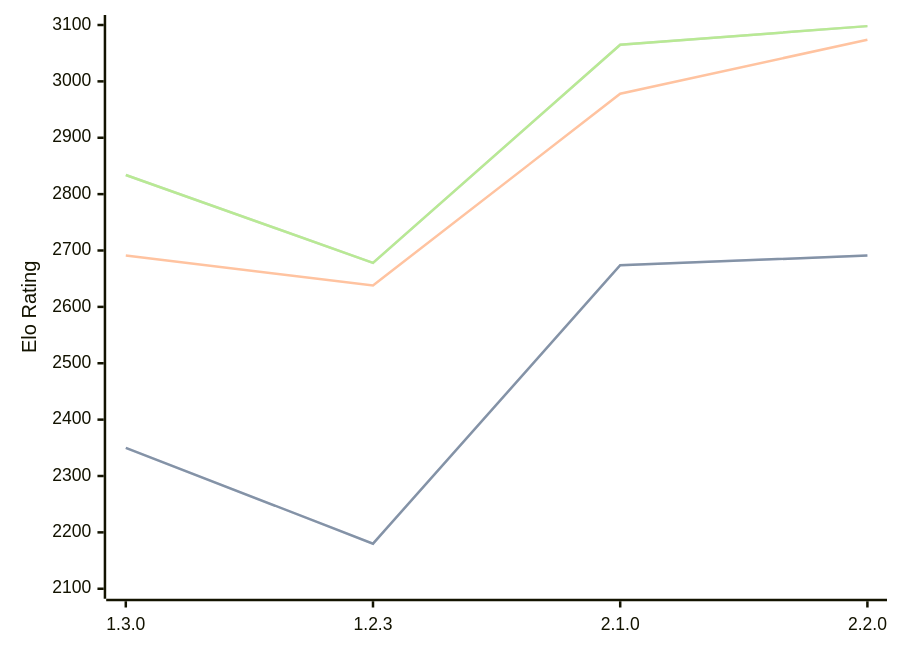
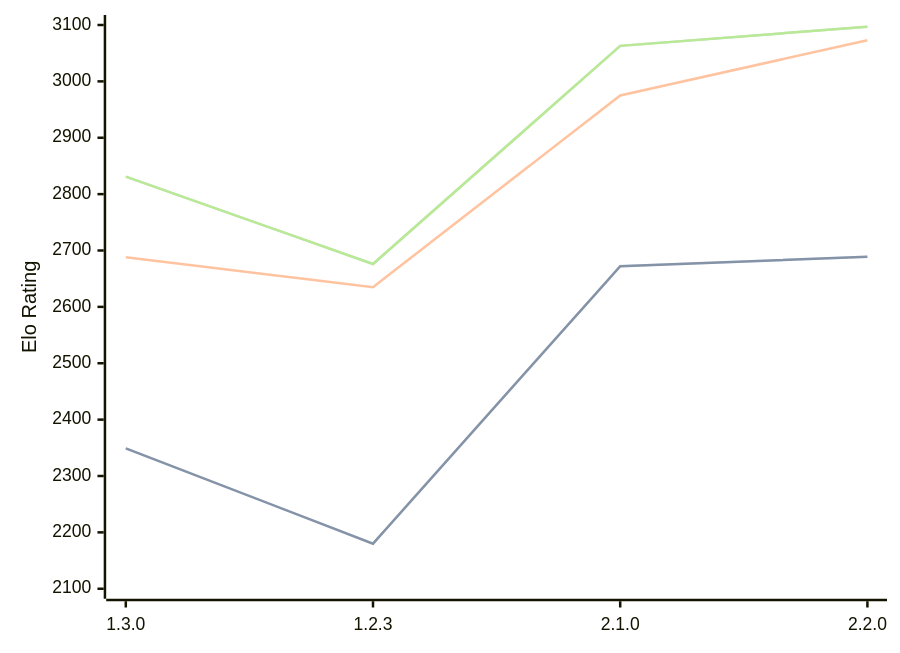
The diagram in engines/Aspen.md (computer-chess-index/cci), drawn with Mermaid before and after one commit. The commit also changed other lines of this file, not shown here.

Commit message:
Update CCI Ratings (ELO VLTC) - 2026-08-12

````diff
--- a/engines/Aspen.md
+++ b/engines/Aspen.md
@@ -43,11 +43,11 @@
 ```mermaid
 %%{init: {"theme":"base","themeVariables":{"seriesColors:['#a3a3a3','#222221','#faa371']}}}%%
 xychart-beta
   x-axis ["1.3.0", "1.2.3", "2.1.0", "2.2.0"]
   y-axis "Elo Rating" 2100 --> 3100
-  line "STC (8.0+0.08s)" [2350, 2180, 2674, 2691]
-  line "STC (8.0+0.08s)" [2350, 2180, 2674, 2691]
-  line "LTC (60.0+0.60s)" [2691, 2638, 2978, 3074]
-  line "VLTC (2m24s+1.12s)" [2834, 2678, 3065, 3098]
-  line "VLTC (2m24s+1.12s)" [2834, 2678, 3065, 3098]
+  line "STC (8.0+0.08s)" [2349, 2180, 2672, 2689]
+  line "STC (8.0+0.08s)" [2349, 2180, 2672, 2689]
+  line "LTC (60.0+0.60s)" [2688, 2635, 2975, 3073]
+  line "VLTC (2m24s+1.12s)" [2831, 2676, 3063, 3097]
+  line "VLTC (2m24s+1.12s)" [2831, 2676, 3063, 3097]
 ```
````
